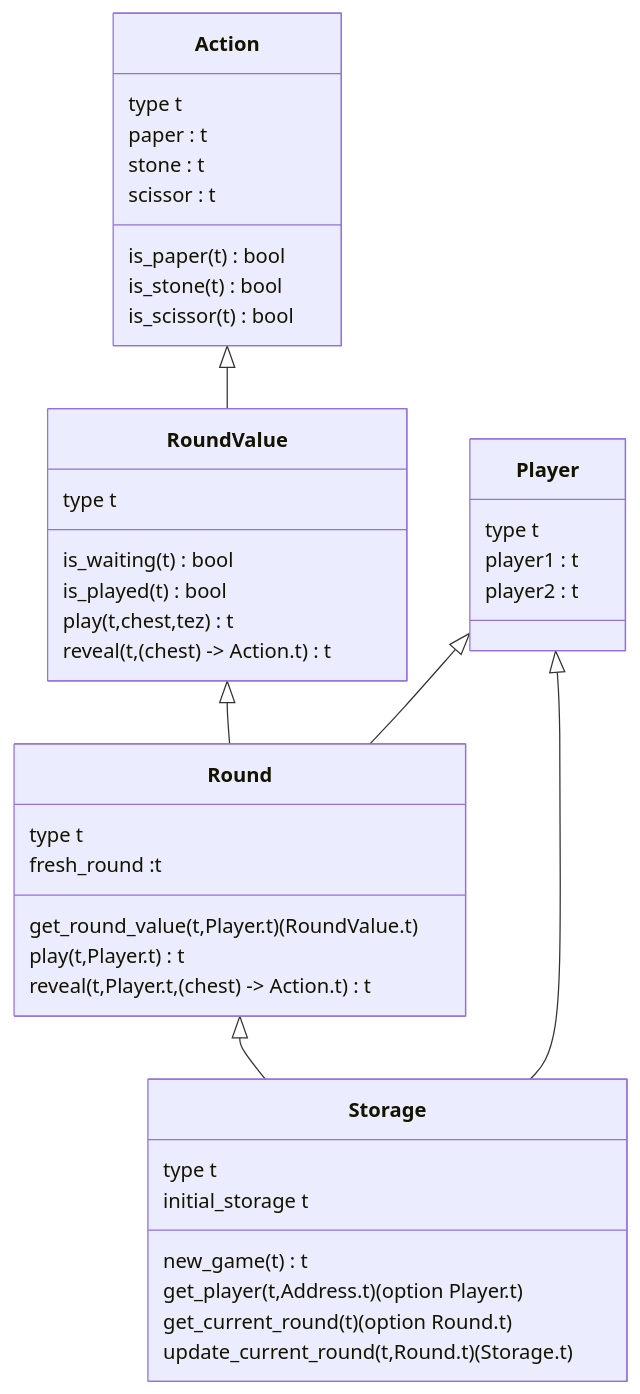
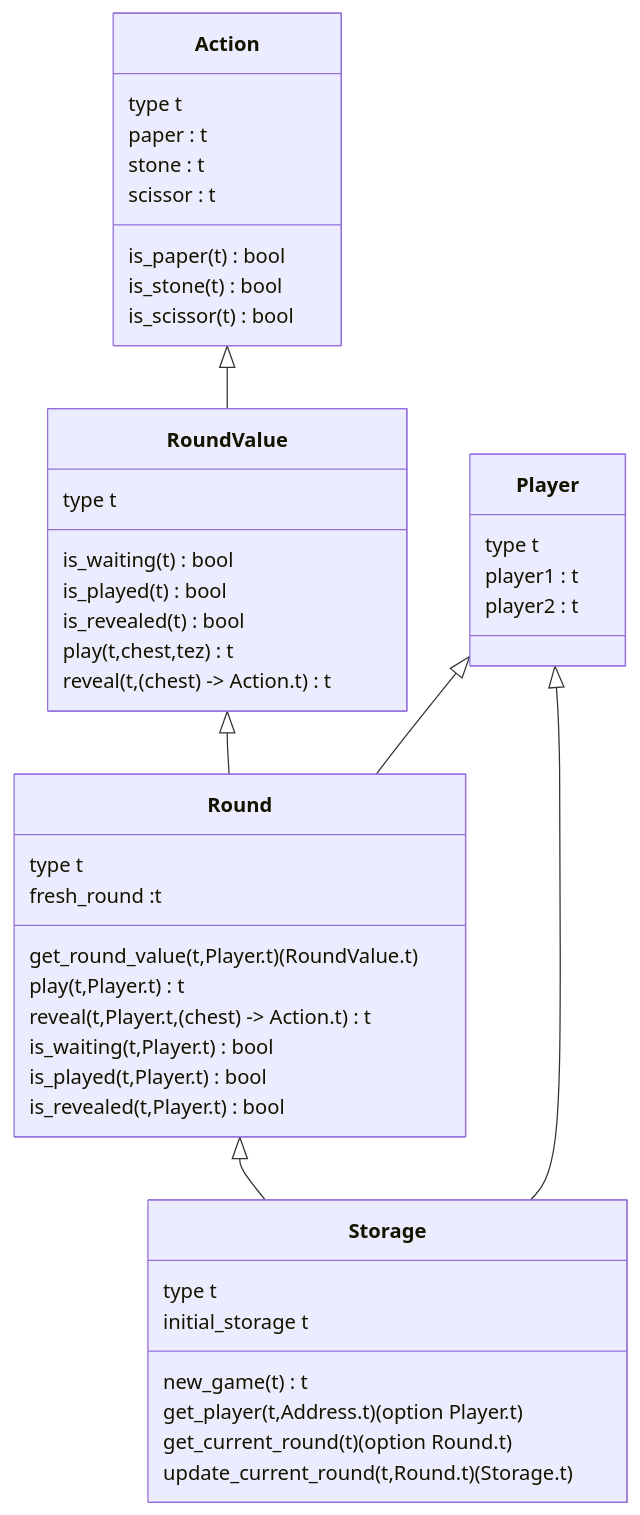
One commit to ligolang/jsligo-training-dapp-shifumi changed the fifth of 5 diagrams in v2/README.md. Above: the diagram before and after it, drawn with Mermaid.

````diff
--- a/v2/README.md
+++ b/v2/README.md
@@ -126,49 +126,53 @@
 ```mermaid
 classDiagram
     Action <|-- RoundValue
     RoundValue <|-- Round
     Round <|-- Storage
     Player <|-- Round
     Player <|-- Storage
 
     class Action{
          type t
          paper : t
          stone : t
          scissor : t
          is_paper(t) bool
          is_stone(t) bool
          is_scissor(t) bool
     }
             
     class Player{
          type t
          player1 : t
          player2 : t
     }
 
     class RoundValue{
          type t
          is_waiting(t) bool
          is_played(t) bool
+         is_revealed(t) bool
          play(t,chest,tez) t
          reveal(t,(chest) -> Action.t) t
     }
 
     class Round{
          type t
          fresh_round :t
          get_round_value(t,Player.t) (RoundValue.t)
          play(t,Player.t) t
          reveal(t,Player.t,(chest) -> Action.t) t
+         is_waiting(t,Player.t) bool
+         is_played(t,Player.t) bool
+         is_revealed(t,Player.t) bool
     }
 
     class Storage{
          type t
          initial_storage t
          new_game(t) t
          get_player(t,Address.t) (option Player.t)
          get_current_round(t) (option Round.t)
          update_current_round(t,Round.t) (Storage.t)
     }
 ```
````
